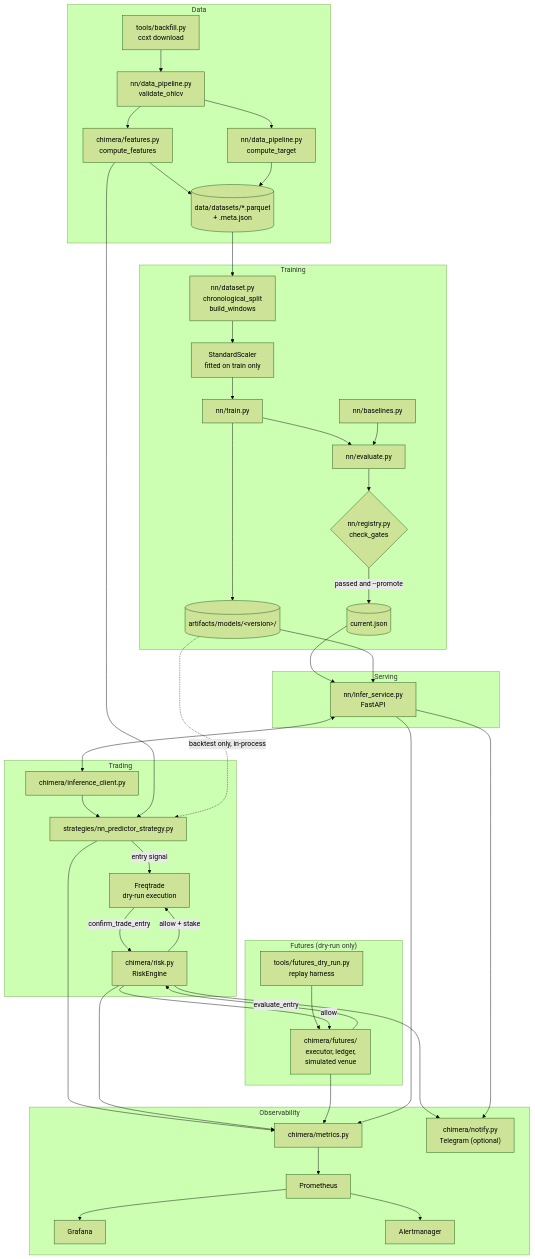
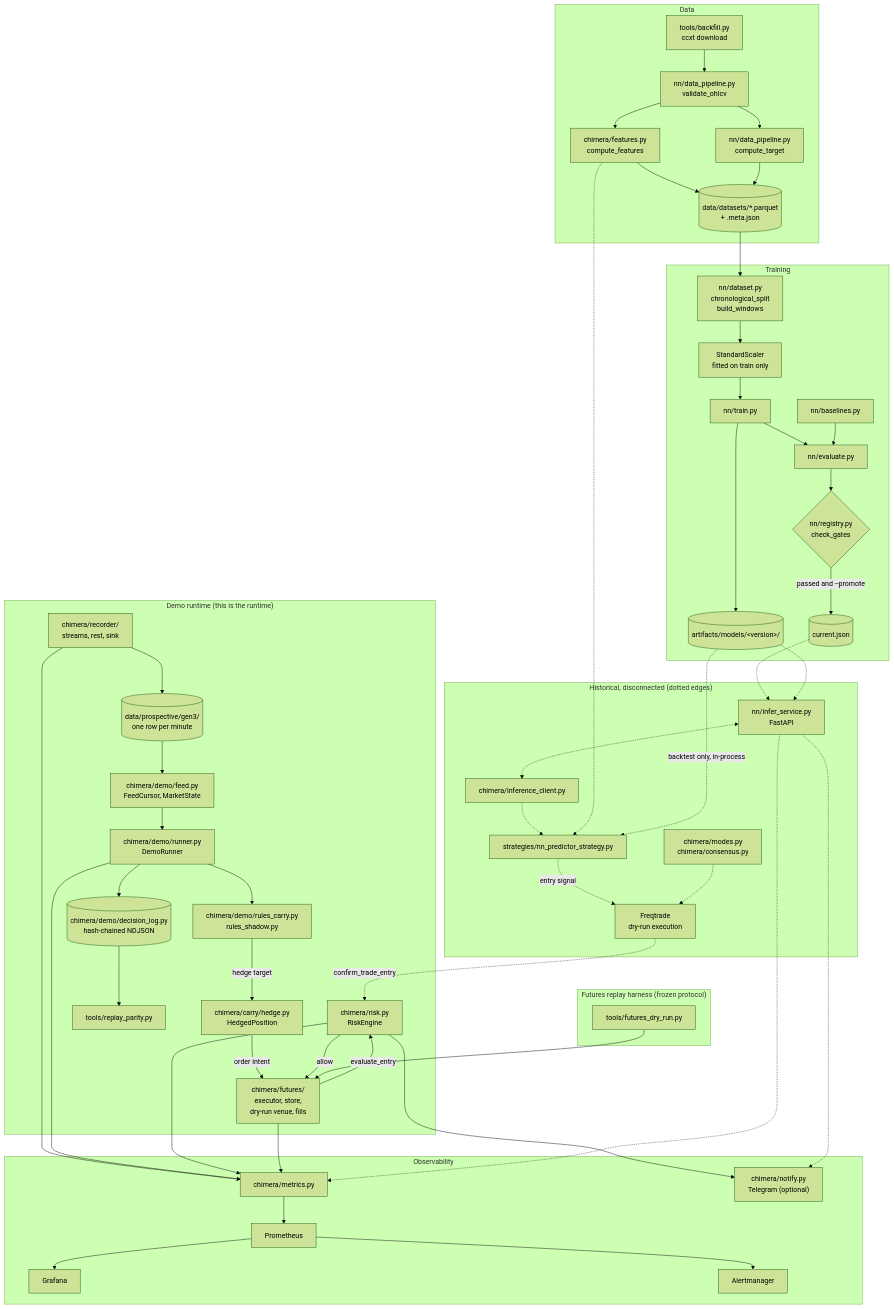
Before and after one commit to tyrannya/ProjectChimera: the diagram in docs/architecture.md, drawn with Mermaid (forest theme). The commit also changed other lines of this file and 1 other file, not shown here.

````diff
--- a/docs/architecture.md
+++ b/docs/architecture.md
@@ -43,20 +63,29 @@
         CUR[("current.json")]
     end
 
-    subgraph Serving
-        SVC["nn/infer_service.py<br/>FastAPI"]
+    subgraph DemoRuntime["Demo runtime (this is the runtime)"]
+        REC["chimera/recorder/<br/>streams, rest, sink"]
+        NORM[("data/prospective/gen3/<br/>one row per minute")]
+        FEED["chimera/demo/feed.py<br/>FeedCursor, MarketState"]
+        RUN["chimera/demo/runner.py<br/>DemoRunner"]
+        RULE["chimera/demo/rules_carry.py<br/>rules_shadow.py"]
+        RISK["chimera/risk.py<br/>RiskEngine"]
+        HEDGE["chimera/carry/hedge.py<br/>HedgedPosition"]
+        FUT["chimera/futures/<br/>executor, store,<br/>dry-run venue, fills"]
+        LOG[("chimera/demo/decision_log.py<br/>hash-chained NDJSON")]
+        PARITY["tools/replay_parity.py"]
     end
 
-    subgraph Trading
+    subgraph Historical["Historical, disconnected (dotted edges)"]
+        SVC["nn/infer_service.py<br/>FastAPI"]
         CLIENT["chimera/inference_client.py"]
         STRAT["strategies/nn_predictor_strategy.py"]
-        RISK["chimera/risk.py<br/>RiskEngine"]
         FT["Freqtrade<br/>dry-run execution"]
+        MODES["chimera/modes.py<br/>chimera/consensus.py"]
     end
 
-    subgraph FuturesDryRun["Futures (dry-run only)"]
-        HARN["tools/futures_dry_run.py<br/>replay harness"]
-        FUT["chimera/futures/<br/>executor, ledger,<br/>simulated venue"]
+    subgraph FuturesDryRun["Futures replay harness (frozen protocol)"]
+        HARN["tools/futures_dry_run.py"]
     end
 
     subgraph Observability
@@ -75,24 +104,31 @@
     EVAL --> GATE
     TRAIN --> ART
     GATE -->|passed and --promote| CUR
-    CUR --> SVC
-    ART --> SVC
-    SVC <--> CLIENT
-    CLIENT --> STRAT
-    FEAT --> STRAT
-    STRAT -->|entry signal| FT
-    FT -->|confirm_trade_entry| RISK
-    RISK -->|allow + stake| FT
-    HARN --> FUT
+    REC --> NORM --> FEED --> RUN
+    RUN --> RULE
+    RULE -->|hedge target| HEDGE
+    HEDGE -->|order intent| FUT
     FUT -->|evaluate_entry| RISK
     RISK -->|allow| FUT
+    RUN --> LOG
+    LOG --> PARITY
+    HARN --> FUT
+    CUR -.-> SVC
+    ART -.-> SVC
+    SVC <-.-> CLIENT
+    CLIENT -.-> STRAT
+    FEAT -.-> STRAT
     ART -.->|backtest only, in-process| STRAT
-    STRAT --> MET
+    STRAT -.->|entry signal| FT
+    FT -.->|confirm_trade_entry| RISK
+    MODES -.-> FT
+    REC --> MET
+    RUN --> MET
     RISK --> MET
     FUT --> MET
-    SVC --> MET
+    SVC -.-> MET
     MET --> PROM --> GRAF
     PROM --> ALERT
     RISK --> TG
-    SVC --> TG
+    SVC -.-> TG
 ```
````
